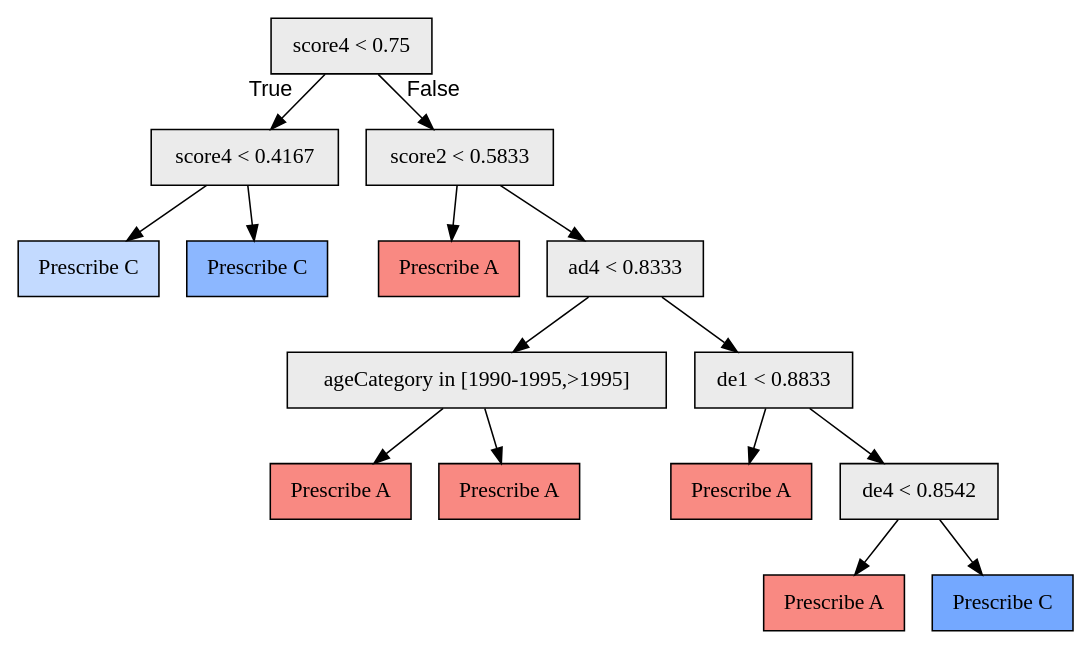
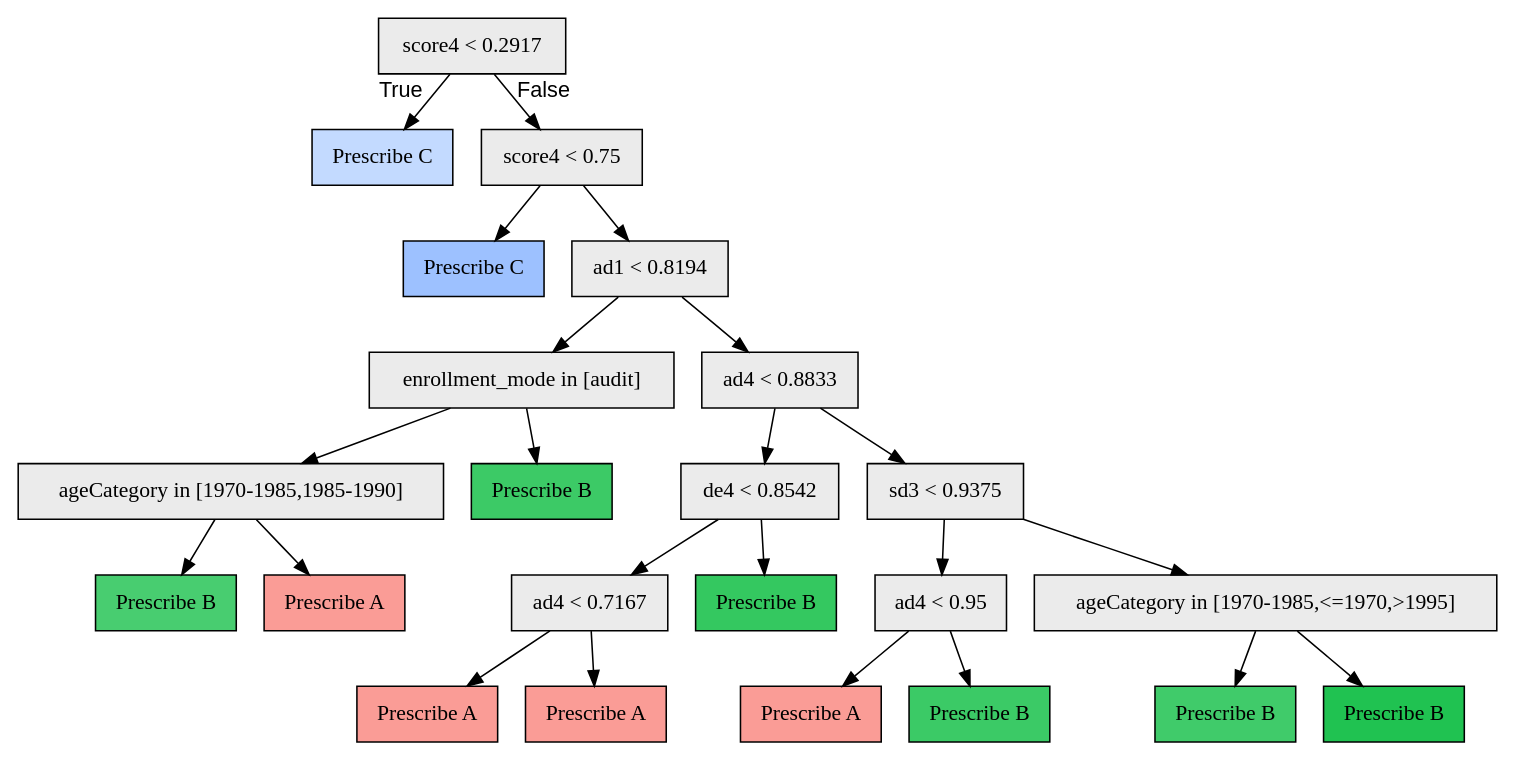
The diagram in python/model/4/cc/pytree.dot (galitLukin/PersonalizedLearning), drawn with Graphviz before and after one commit. The commit also changed 13 other files, not shown here.

```diff
--- a/python/model/4/cc/pytree.dot
+++ b/python/model/4/cc/pytree.dot
@@ -1,31 +1,47 @@
 digraph "G" {
-1 [fillcolor="#EBEBEB", fontname="bold arial", label="score4 &lt; 0.75", shape=box, style="filled"];
-2 [fillcolor="#EBEBEB", fontname="bold arial", label="score4 &lt; 0.4167", shape=box, style="filled"];
-3 [color=black, fillcolor="#619CFF60", fontname="bold arial", label="Prescribe C", shape=box, style="filled"];
-4 [color=black, fillcolor="#619CFFb9", fontname="bold arial", label="Prescribe C", shape=box, style="filled"];
-5 [fillcolor="#EBEBEB", fontname="bold arial", label="score2 &lt; 0.5833", shape=box, style="filled"];
-6 [color=black, fillcolor="#F8766Dda", fontname="bold arial", label="Prescribe A", shape=box, style="filled"];
-7 [fillcolor="#EBEBEB", fontname="bold arial", label="ad4 &lt; 0.8333", shape=box, style="filled"];
-8 [fillcolor="#EBEBEB", fontname="bold arial", label="ageCategory in [1990-1995,&gt;1995]", shape=box, style="filled"];
-9 [color=black, fillcolor="#F8766Dda", fontname="bold arial", label="Prescribe A", shape=box, style="filled"];
-10 [color=black, fillcolor="#F8766Dda", fontname="bold arial", label="Prescribe A", shape=box, style="filled"];
-11 [fillcolor="#EBEBEB", fontname="bold arial", label="de1 &lt; 0.8833", shape=box, style="filled"];
-12 [color=black, fillcolor="#F8766Dd7", fontname="bold arial", label="Prescribe A", shape=box, style="filled"];
-13 [fillcolor="#EBEBEB", fontname="bold arial", label="de4 &lt; 0.8542", shape=box, style="filled"];
-14 [color=black, fillcolor="#F8766Dda", fontname="bold arial", label="Prescribe A", shape=box, style="filled"];
-15 [color=black, fillcolor="#619CFFdf", fontname="bold arial", label="Prescribe C", shape=box, style="filled"];
+1 [fillcolor="#EBEBEB", fontname="bold arial", label="score4 &lt; 0.2917", shape=box, style="filled"];
+2 [color=black, fillcolor="#619CFF60", fontname="bold arial", label="Prescribe C", shape=box, style="filled"];
+3 [fillcolor="#EBEBEB", fontname="bold arial", label="score4 &lt; 0.75", shape=box, style="filled"];
+4 [color=black, fillcolor="#619CFF9e", fontname="bold arial", label="Prescribe C", shape=box, style="filled"];
+5 [fillcolor="#EBEBEB", fontname="bold arial", label="ad1 &lt; 0.8194", shape=box, style="filled"];
+6 [fillcolor="#EBEBEB", fontname="bold arial", label="enrollment_mode in [audit]", shape=box, style="filled"];
+7 [fillcolor="#EBEBEB", fontname="bold arial", label="ageCategory in [1970-1985,1985-1990]", shape=box, style="filled"];
+8 [color=black, fillcolor="#00BA38b7", fontname="bold arial", label="Prescribe B", shape=box, style="filled"];
+9 [color=black, fillcolor="#F8766Db7", fontname="bold arial", label="Prescribe A", shape=box, style="filled"];
+10 [color=black, fillcolor="#00BA38c3", fontname="bold arial", label="Prescribe B", shape=box, style="filled"];
+11 [fillcolor="#EBEBEB", fontname="bold arial", label="ad4 &lt; 0.8833", shape=box, style="filled"];
+12 [fillcolor="#EBEBEB", fontname="bold arial", label="de4 &lt; 0.8542", shape=box, style="filled"];
+13 [fillcolor="#EBEBEB", fontname="bold arial", label="ad4 &lt; 0.7167", shape=box, style="filled"];
+14 [color=black, fillcolor="#F8766Db7", fontname="bold arial", label="Prescribe A", shape=box, style="filled"];
+15 [color=black, fillcolor="#F8766Db7", fontname="bold arial", label="Prescribe A", shape=box, style="filled"];
+16 [color=black, fillcolor="#00BA38cb", fontname="bold arial", label="Prescribe B", shape=box, style="filled"];
+17 [fillcolor="#EBEBEB", fontname="bold arial", label="sd3 &lt; 0.9375", shape=box, style="filled"];
+18 [fillcolor="#EBEBEB", fontname="bold arial", label="ad4 &lt; 0.95", shape=box, style="filled"];
+19 [color=black, fillcolor="#F8766Db7", fontname="bold arial", label="Prescribe A", shape=box, style="filled"];
+20 [color=black, fillcolor="#00BA38c4", fontname="bold arial", label="Prescribe B", shape=box, style="filled"];
+21 [fillcolor="#EBEBEB", fontname="bold arial", label="ageCategory in [1970-1985,&lt;=1970,&gt;1995]", shape=box, style="filled"];
+22 [color=black, fillcolor="#00BA38bf", fontname="bold arial", label="Prescribe B", shape=box, style="filled"];
+23 [color=black, fillcolor="#00BA38df", fontname="bold arial", label="Prescribe B", shape=box, style="filled"];
 1 -> 2  [fontname="arial", headlabel="True", key=0, labelangle=45, labeldistance="2.5"];
-1 -> 5  [fontname="arial", headlabel="False", key=0, labelangle="-45", labeldistance="2.5"];
-2 -> 3  [key=0];
-2 -> 4  [key=0];
+1 -> 3  [fontname="arial", headlabel="False", key=0, labelangle="-45", labeldistance="2.5"];
+3 -> 4  [key=0];
+3 -> 5  [key=0];
 5 -> 6  [key=0];
-5 -> 7  [key=0];
+5 -> 11  [key=0];
+6 -> 7  [key=0];
+6 -> 10  [key=0];
 7 -> 8  [key=0];
-7 -> 11  [key=0];
-8 -> 9  [key=0];
-8 -> 10  [key=0];
+7 -> 9  [key=0];
 11 -> 12  [key=0];
-11 -> 13  [key=0];
+11 -> 17  [key=0];
+12 -> 13  [key=0];
+12 -> 16  [key=0];
 13 -> 14  [key=0];
 13 -> 15  [key=0];
+17 -> 18  [key=0];
+17 -> 21  [key=0];
+18 -> 19  [key=0];
+18 -> 20  [key=0];
+21 -> 22  [key=0];
+21 -> 23  [key=0];
 }
```
